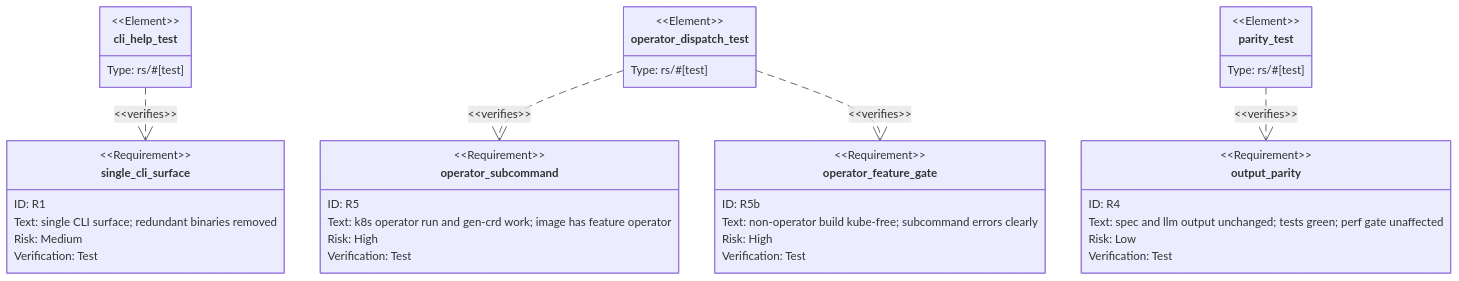
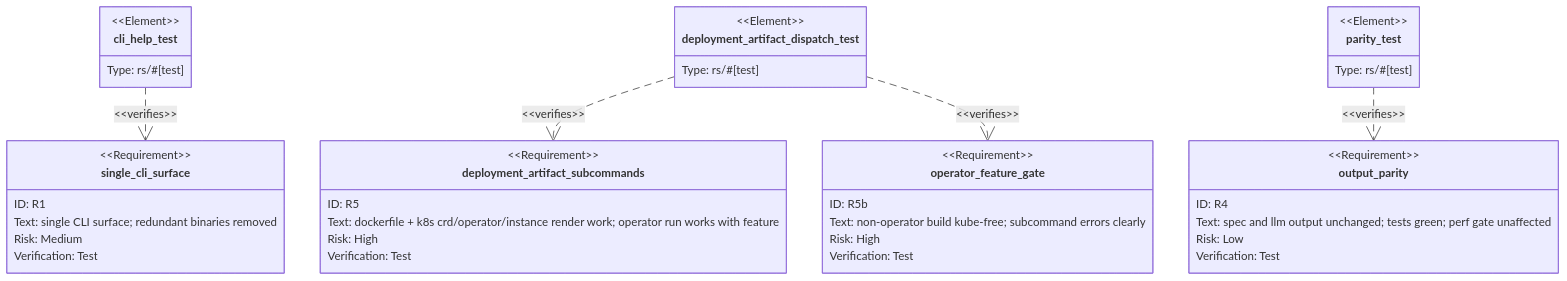
One commit to chrischeng-c4/axiom changed the second of 2 diagrams in projects/lumen/tech-design/interfaces/cli/lumen-cli-consolidation-single-binary-serve-spec-llm-k8s-operato.md. Above: the diagram before and after it, drawn with Mermaid. The commit also changed other lines of this file and 84 other files, not shown here.

Commit message:
feat(lumen): add dockerfile and layered k8s surfaces

````diff
--- a/projects/lumen/tech-design/interfaces/cli/lumen-cli-consolidation-single-binary-serve-spec-llm-k8s-operato.md
+++ b/projects/lumen/tech-design/interfaces/cli/lumen-cli-consolidation-single-binary-serve-spec-llm-k8s-operato.md
@@ -194,19 +238,19 @@
 requirements:
   single_cli_surface:
     id: R1
-    text: "lumen --help lists serve/spec/llm/k8s only; openapi-dump/bench/consumer binaries removed"
+    text: "lumen --help lists serve/spec/llm/dockerfile/k8s/upgrade/issue; openapi-dump/bench/consumer binaries removed"
     kind: functional
     risk: medium
     verify: test
-  operator_subcommand:
+  deployment_artifact_subcommands:
     id: R5
-    text: "lumen k8s operator run and gen-crd work; default image built with feature operator"
+    text: "lumen dockerfile render, k8s crd render, k8s operator render|run, and k8s instance render work; default image built with feature operator"
     kind: functional
     risk: high
     verify: test
   operator_feature_gate:
     id: R5b
-    text: "build without feature operator is kube-free; subcommand stays in --help and errors clearly"
+    text: "build without feature operator is kube-free; operator run stays in --help and errors clearly"
     kind: functional
     risk: high
     verify: test
@@ -220,7 +264,7 @@
   cli_help_test:
     kind: test
     type: "rs/#[test]"
-  operator_dispatch_test:
+  deployment_artifact_dispatch_test:
     kind: test
     type: "rs/#[test]"
   parity_test:
@@ -228,8 +272,8 @@
     type: "rs/#[test]"
 relations:
   - { from: cli_help_test, verifies: single_cli_surface }
-  - { from: operator_dispatch_test, verifies: operator_subcommand }
-  - { from: operator_dispatch_test, verifies: operator_feature_gate }
+  - { from: deployment_artifact_dispatch_test, verifies: deployment_artifact_subcommands }
+  - { from: deployment_artifact_dispatch_test, verifies: operator_feature_gate }
   - { from: parity_test, verifies: output_parity }
 ---
 requirementDiagram
@@ -239,9 +283,9 @@
       risk: medium
       verifymethod: test
     }
-    requirement operator_subcommand {
+    requirement deployment_artifact_subcommands {
       id: R5
-      text: "k8s operator run and gen-crd work; image has feature operator"
+      text: "dockerfile + k8s crd/operator/instance render work; operator run works with feature"
       risk: high
       verifymethod: test
     }
@@ -260,14 +304,14 @@
     element cli_help_test {
       type: "rs/#[test]"
     }
-    element operator_dispatch_test {
+    element deployment_artifact_dispatch_test {
       type: "rs/#[test]"
     }
     element parity_test {
       type: "rs/#[test]"
     }
     cli_help_test - verifies -> single_cli_surface
-    operator_dispatch_test - verifies -> operator_subcommand
-    operator_dispatch_test - verifies -> operator_feature_gate
+    deployment_artifact_dispatch_test - verifies -> deployment_artifact_subcommands
+    deployment_artifact_dispatch_test - verifies -> operator_feature_gate
     parity_test - verifies -> output_parity
 ```
````
